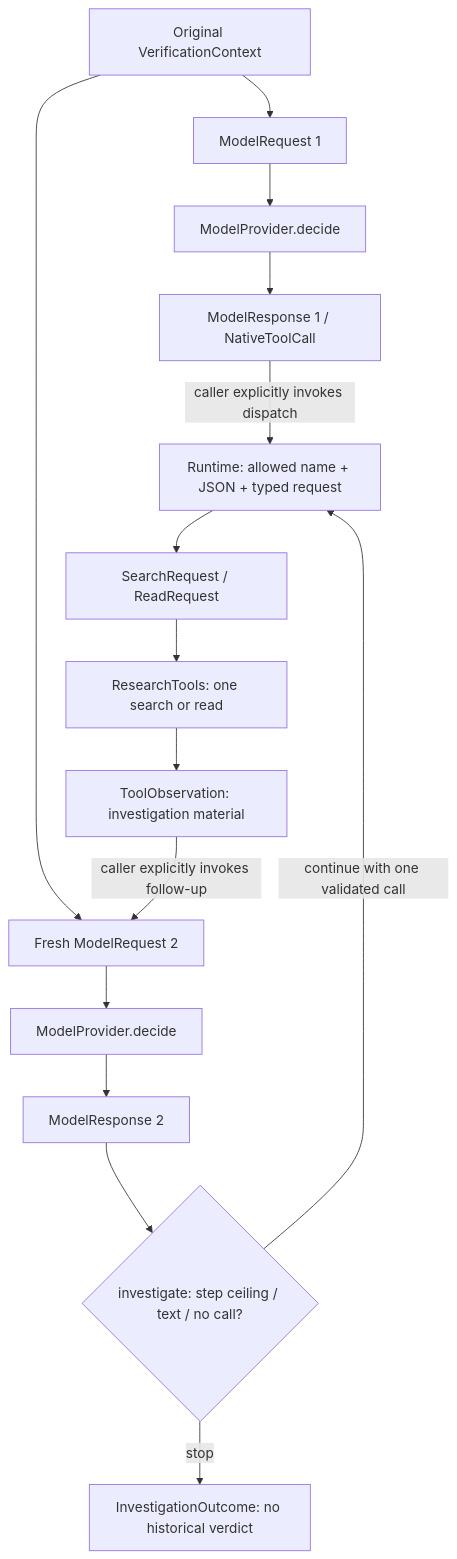
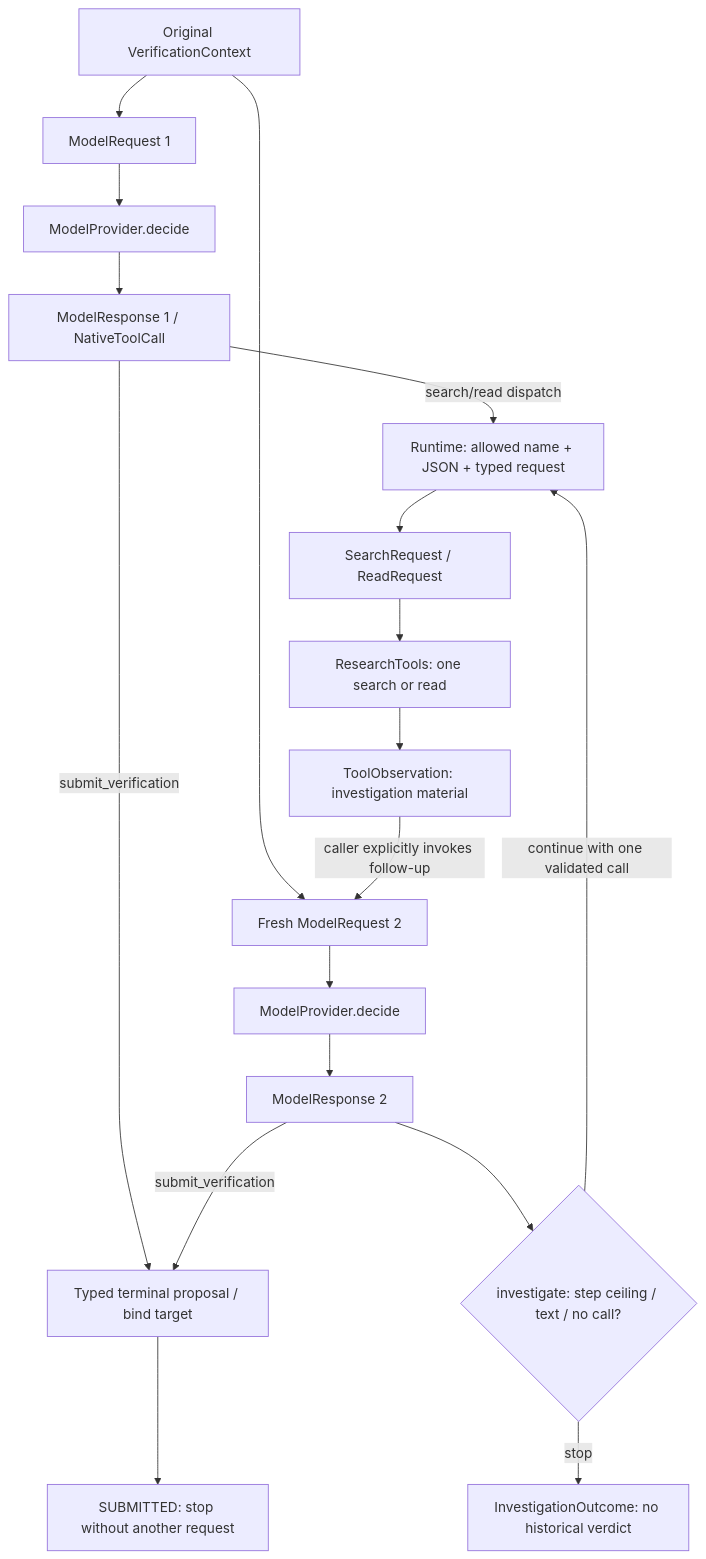
One commit to hailincai/agentic-history-studio changed the second of 3 diagrams in README.md. Above: the diagram before and after it, drawn with Mermaid. The commit also changed other lines of this file and 11 other files, not shown here.

Commit message:
feat: add terminal fact checker verification submission

````diff
--- a/README.md
+++ b/README.md
@@ -33,17 +33,20 @@
 ```mermaid
 flowchart TD
     C[Original VerificationContext] --> Q1[ModelRequest 1]
     Q1 --> P1[ModelProvider.decide]
     P1 --> R1[ModelResponse 1 / NativeToolCall]
-    R1 -->|caller explicitly invokes dispatch| Validate[Runtime: allowed name + JSON + typed request]
+    R1 -->|search/read dispatch| Validate[Runtime: allowed name + JSON + typed request]
     Validate --> Input[SearchRequest / ReadRequest]
     Input --> Tools[ResearchTools: one search or read]
     Tools --> Obs[ToolObservation: investigation material]
     C --> Q2[Fresh ModelRequest 2]
     Obs -->|caller explicitly invokes follow-up| Q2
     Q2 --> P2[ModelProvider.decide]
     P2 --> R2[ModelResponse 2]
+    R1 -->|submit_verification| Submit[Typed terminal proposal / bind target]
+    R2 -->|submit_verification| Submit
+    Submit --> Submitted[SUBMITTED: stop without another request]
     R2 --> Boundary{investigate: step ceiling / text / no call?}
     Boundary -->|continue with one validated call| Validate
     Boundary -->|stop| Stop[InvestigationOutcome: no historical verdict]
 ```
````
